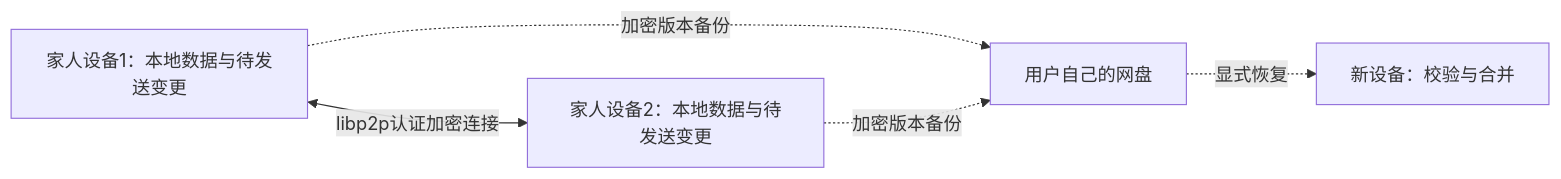
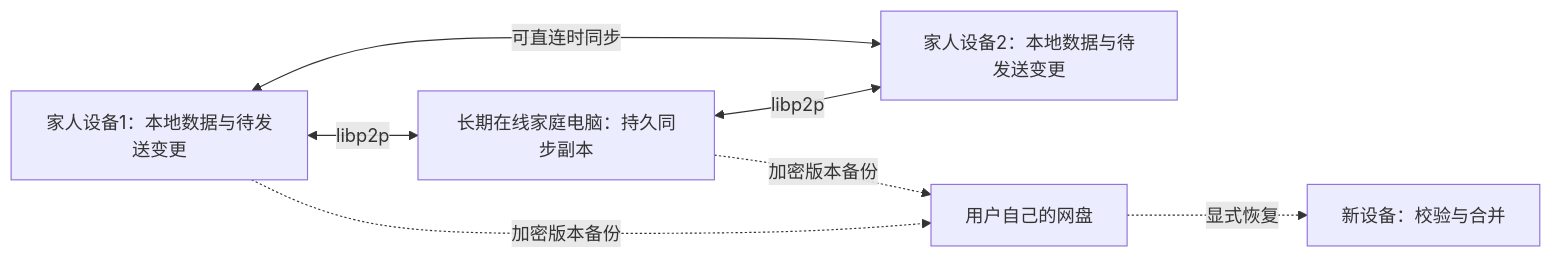
The diagram in docs/libp2p-family-sync-proposal.md (q9good/skarmar), drawn with Mermaid before and after one commit. The commit also changed other lines of this file and 3 other files, not shown here.

````diff
--- a/docs/libp2p-family-sync-proposal.md
+++ b/docs/libp2p-family-sync-proposal.md
@@ -17,7 +20,9 @@
 ```mermaid
 flowchart LR
-  A[家人设备1：本地数据与待发送变更] <-->|libp2p认证加密连接| B[家人设备2：本地数据与待发送变更]
+  A[家人设备1：本地数据与待发送变更] <-->|libp2p| H[长期在线家庭电脑：持久同步副本]
+  H <-->|libp2p| B[家人设备2：本地数据与待发送变更]
+  A <-->|可直连时同步| B
   A -.->|加密版本备份| C[用户自己的网盘]
-  B -.->|加密版本备份| C
+  H -.->|加密版本备份| C
   C -.->|显式恢复| D[新设备：校验与合并]
 ```
````
